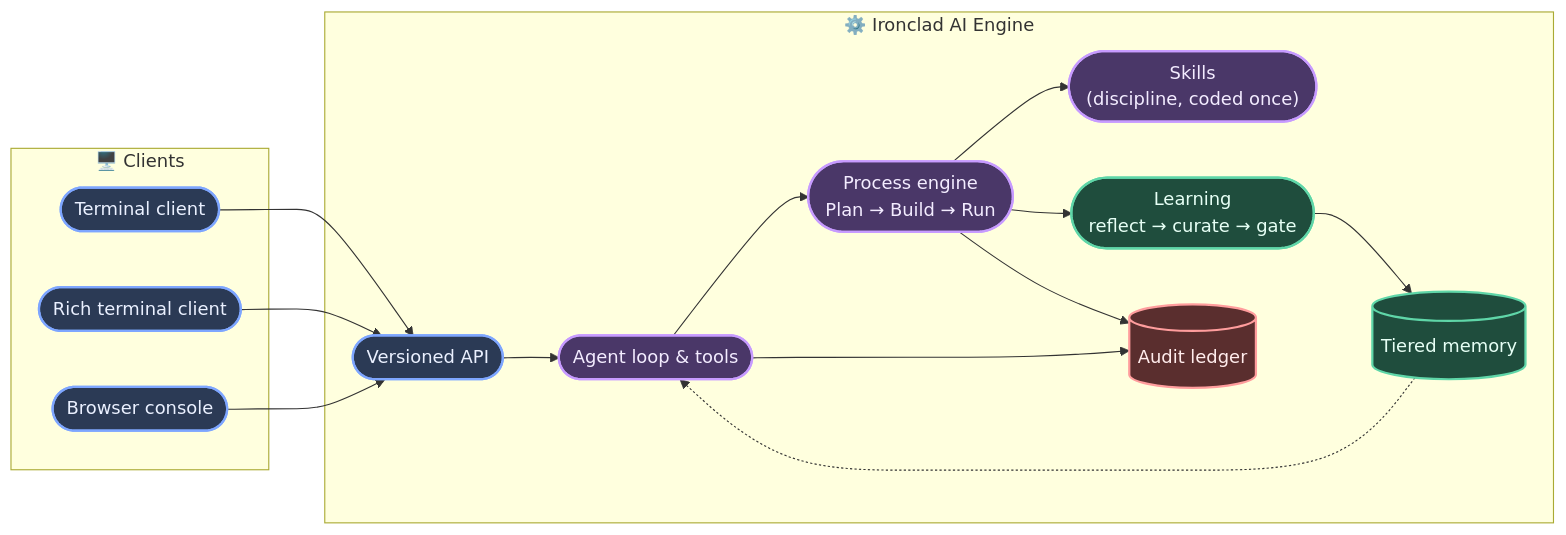
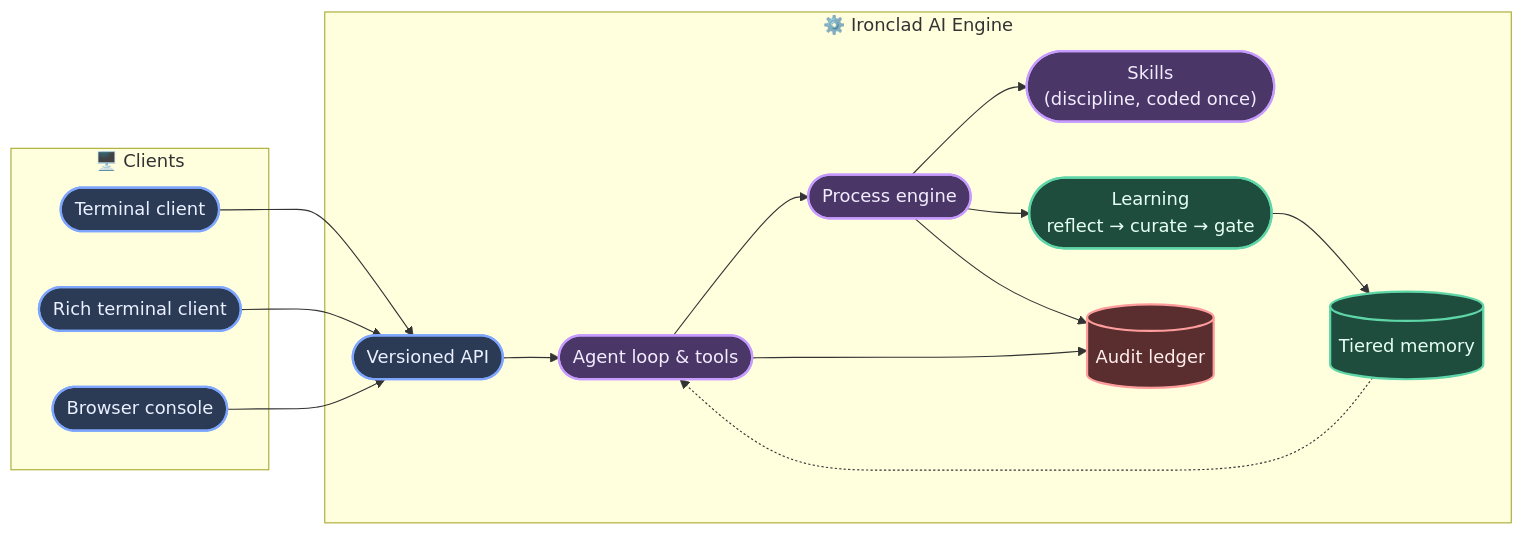
Before and after one commit to GrokBuildMJW/ironclad: the diagram in README.md, drawn with Mermaid. The commit also changed other lines of this file and 1 other file, not shown here.

First line of the commit message:
Scope Plan -> Build -> Run to software engineering specifically

````diff
--- a/README.md
+++ b/README.md
@@ -73,39 +75,39 @@
 ```mermaid
 flowchart LR
     subgraph Clients["🖥️ Clients"]
         TUI(["Terminal client"])
         INK(["Rich terminal client"])
         WEB(["Browser console"])
     end
 
     subgraph Engine["⚙️ Ironclad AI Engine"]
         API(["Versioned API"])
         LOOP(["Agent loop & tools"])
-        PROC(["Process engine\nPlan → Build → Run"])
+        PROC(["Process engine"])
         SKILL(["Skills\n(discipline, coded once)"])
         LEARN(["Learning\nreflect → curate → gate"])
         MEM[("Tiered memory")]
         AUDIT[("Audit ledger")]
     end
 
     TUI --> API
     INK --> API
     WEB --> API
     API --> LOOP
     LOOP --> PROC
     PROC --> SKILL
     PROC --> LEARN
     LEARN --> MEM
     MEM -.-> LOOP
     PROC --> AUDIT
     LOOP --> AUDIT
 
     classDef client fill:#2b3a55,stroke:#7ea6ff,stroke-width:2px,color:#eaf0ff
     classDef core fill:#4a3768,stroke:#c79bff,stroke-width:2px,color:#f3ecff
     classDef mind fill:#1f4d3d,stroke:#5fd6a8,stroke-width:2px,color:#e6fff5
     classDef trust fill:#5a2e2e,stroke:#ff9d9d,stroke-width:2px,color:#ffecec
     class TUI,INK,WEB,API client
     class LOOP,PROC,SKILL core
     class LEARN,MEM mind
     class AUDIT trust
 ```
````
